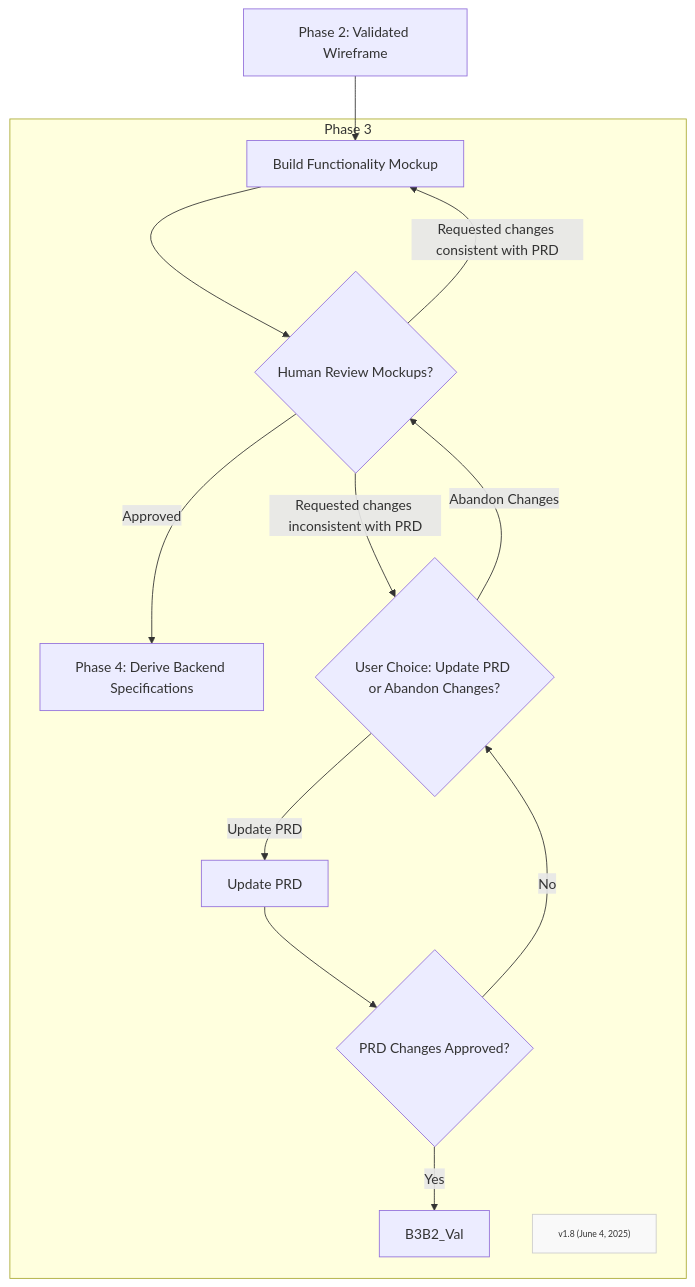
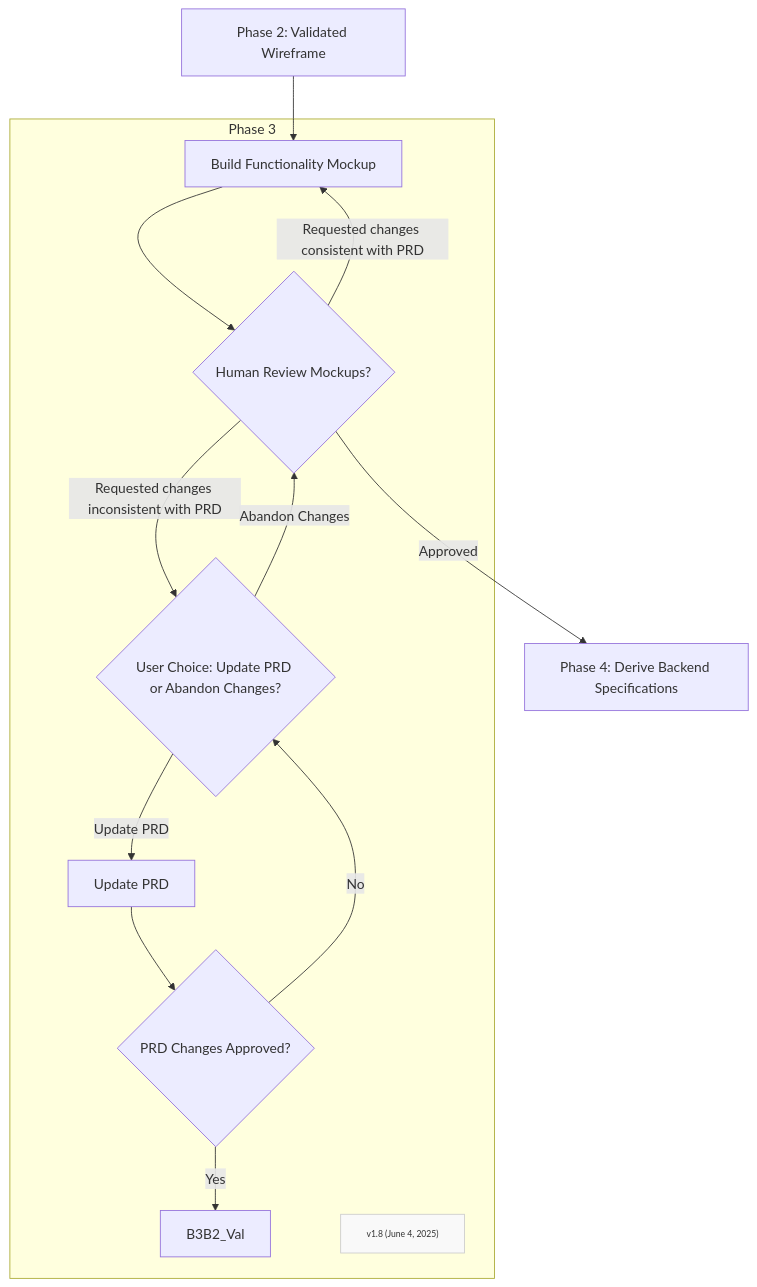
Before and after one commit to Mharbulous/Front-First-Method: the diagram in Phases/FF-phase3.md, drawn with Mermaid.

Commit message:
Refine diagram

````diff
--- a/Phases/FF-phase3.md
+++ b/Phases/FF-phase3.md
@@ -2,23 +2,23 @@
 ```mermaid
 graph TD
     B1["Phase 2: Validated Wireframe"] --> B2["Build Functionality Mockup"]
 
     subgraph Phase3["Phase 3"]
         B2 --> B2_Val{"Human Review Mockups?"}
-        B2_Val -->|Approved| B3
+        
         B2_Val -->|Requested changes inconsistent with PRD| B2_User_Choice{"User Choice: Update PRD or Abandon Changes?"}
         B2_Val -->|Requested changes consistent with PRD| B2
 
         B2_User_Choice -->|Update PRD| B2_PRD_Update["Update PRD"]
         B2_User_Choice -->|Abandon Changes| B2_Val
         B2_PRD_Update --> B2_PRD_Approved{"PRD Changes Approved?"}
         B2_PRD_Approved -->|No| B2_User_Choice
         B2_PRD_Approved -->|Yes| B3B2_Val
 
         Version["v1.8 (June 4, 2025)"]
         classDef version fill:#f9f9f9,stroke:#ccc,font-size:10px
         class Version version
     end
 
-    B3["Phase 4: Derive Backend Specifications"]
+    B2_Val -->|Approved| B3["Phase 4: Derive Backend Specifications"]
 ```
````
